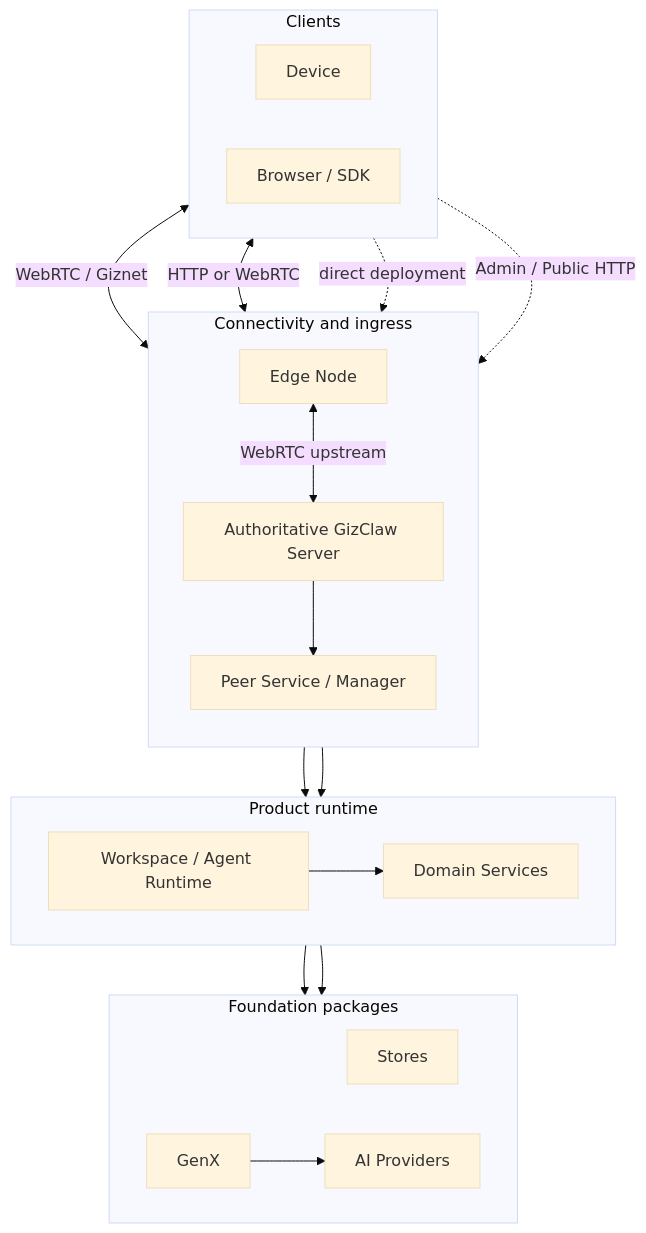
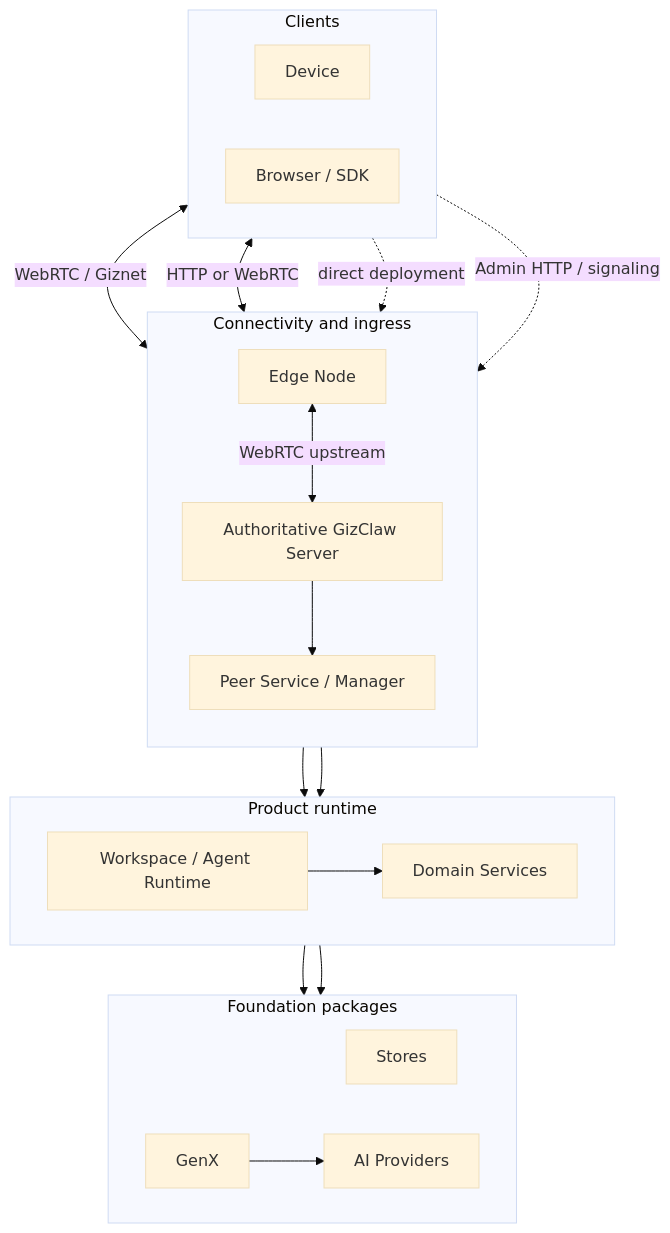
Before and after one commit to GizClaw/gizclaw: the first of 3 diagrams in guides/en/developing/index.md, drawn with Mermaid (base theme). The commit also changed other lines of this file and 73 other files, not shown here.

````diff
--- a/guides/en/developing/index.md
+++ b/guides/en/developing/index.md
@@ -27,41 +27,41 @@
 ```mermaid
 flowchart TB
     subgraph Clients["Clients"]
         direction LR
         Device["Device"]
         Browser["Browser / SDK"]
     end
 
     subgraph Ingress["Connectivity and ingress"]
         direction TB
         Edge["Edge Node"]
         Server["Authoritative GizClaw Server"]
         Peer["Peer Service / Manager"]
     end
 
     subgraph Product["Product runtime"]
         direction LR
         Domains["Domain Services"]
         Runtime["Workspace / Agent Runtime"]
     end
 
     subgraph Foundations["Foundation packages"]
         direction LR
         Stores["Stores"]
         GenX["GenX"]
         Providers["AI Providers"]
     end
 
     Device <-->|"WebRTC / Giznet"| Edge
     Browser <-->|"HTTP or WebRTC"| Edge
     Edge <-->|"WebRTC upstream"| Server
     Device -. "direct deployment" .-> Server
-    Browser -. "Admin / Public HTTP" .-> Server
+    Browser -. "Admin HTTP / signaling" .-> Server
     Server --> Peer
     Peer --> Domains
     Peer --> Runtime
     Runtime --> Domains
     Domains --> Stores
     Runtime --> GenX
     GenX --> Providers
 ```
````
